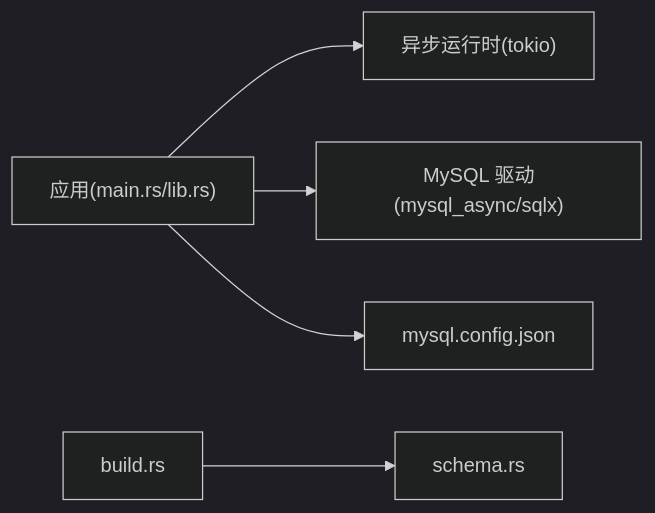
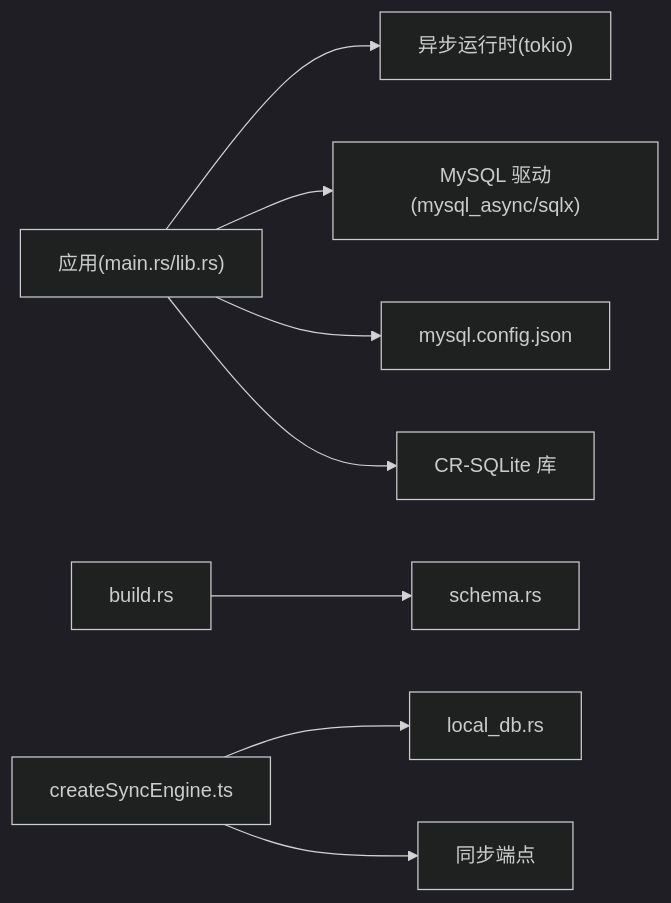
Before and after one commit to gzdxhujiale/FishWorker: diagram 12 of 12 in .qoder/repowiki/zh/content/后端架构/数据库集成/数据库集成.md, drawn with Mermaid (dark theme). The commit also changed other lines of this file and 19 other files, not shown here.

````diff
--- a/.qoder/repowiki/zh/content/后端架构/数据库集成/数据库集成.md
+++ b/.qoder/repowiki/zh/content/后端架构/数据库集成/数据库集成.md
@@ -447,7 +515,10 @@
 ```mermaid
 graph LR
 App["应用(main.rs/lib.rs)"] --> Runtime["异步运行时(tokio)"]
 App --> Driver["MySQL 驱动(mysql_async/sqlx)"]
 App --> Config["mysql.config.json"]
+App --> CRSQLite["CR-SQLite 库"]
 Build["build.rs"] --> Schema["schema.rs"]
+Sync["createSyncEngine.ts"] --> LocalDB["local_db.rs"]
+Sync --> Endpoint["同步端点"]
 ```
````
